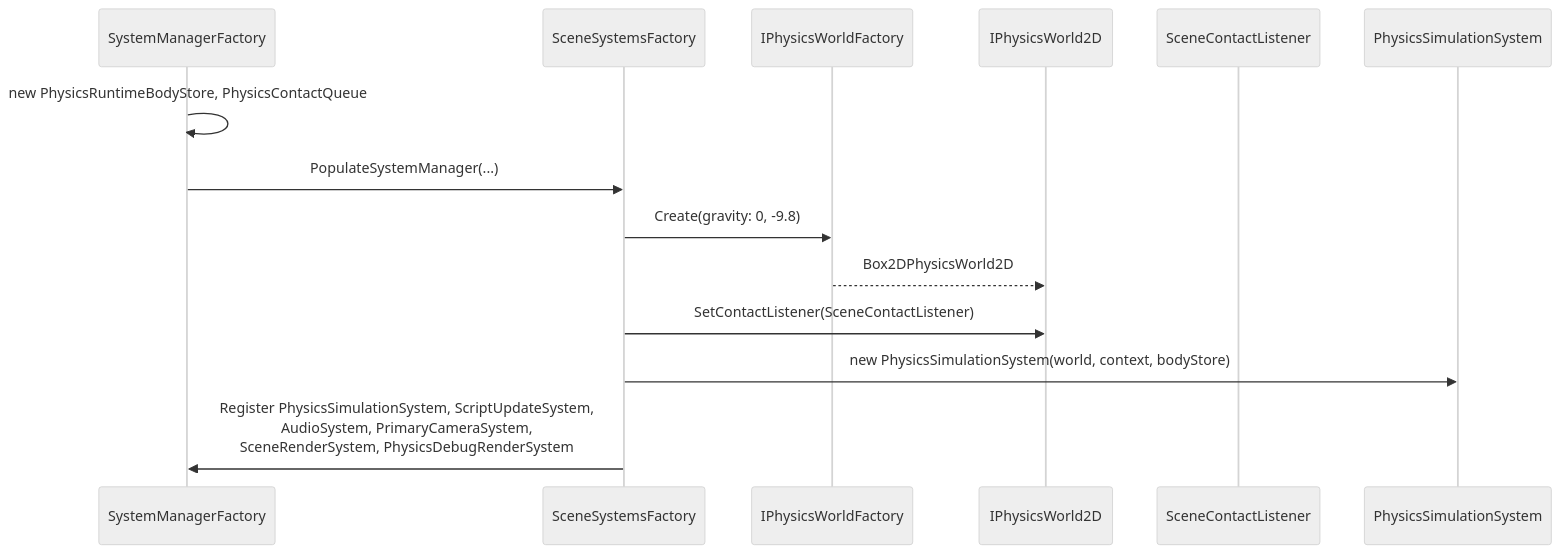
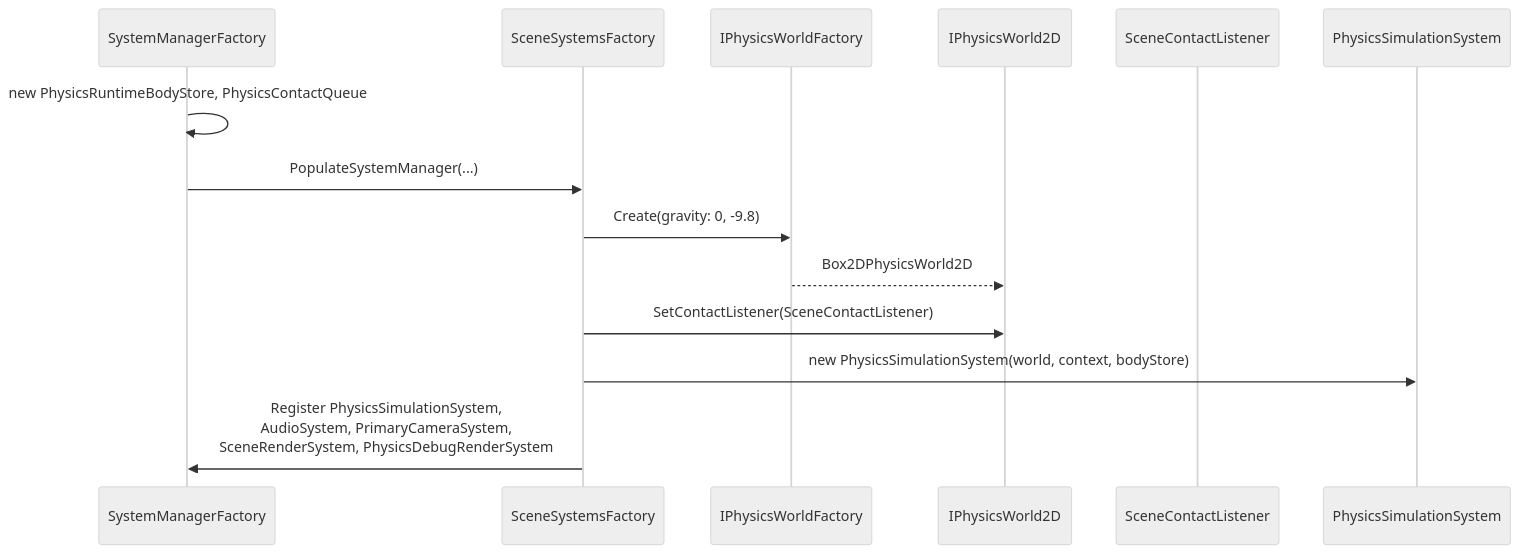
Before and after one commit to kateusz/GameEngine: the second of 4 diagrams in docs/architecture/physics-system.md, drawn with Mermaid (neutral theme). The commit also changed other lines of this file and 85 other files, not shown here.

````diff
--- a/docs/architecture/physics-system.md
+++ b/docs/architecture/physics-system.md
@@ -122,17 +114,17 @@
 ```mermaid
 sequenceDiagram
     participant SMF as SystemManagerFactory
     participant SSF as SceneSystemsFactory
     participant F as IPhysicsWorldFactory
     participant W as IPhysicsWorld2D
     participant CL as SceneContactListener
     participant PSS as PhysicsSimulationSystem
 
     SMF->>SMF: new PhysicsRuntimeBodyStore, PhysicsContactQueue
     SMF->>SSF: PopulateSystemManager(...)
     SSF->>F: Create(gravity: 0, -9.8)
     F-->>W: Box2DPhysicsWorld2D
     SSF->>W: SetContactListener(SceneContactListener)
     SSF->>PSS: new PhysicsSimulationSystem(world, context, bodyStore)
-    SSF->>SMF: Register PhysicsSimulationSystem, ScriptUpdateSystem,<br/>AudioSystem, PrimaryCameraSystem,<br/>SceneRenderSystem, PhysicsDebugRenderSystem
+    SSF->>SMF: Register PhysicsSimulationSystem,<br/>AudioSystem, PrimaryCameraSystem,<br/>SceneRenderSystem, PhysicsDebugRenderSystem
 ```
````
